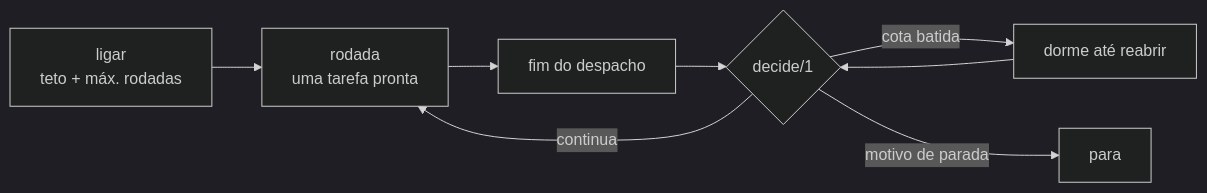
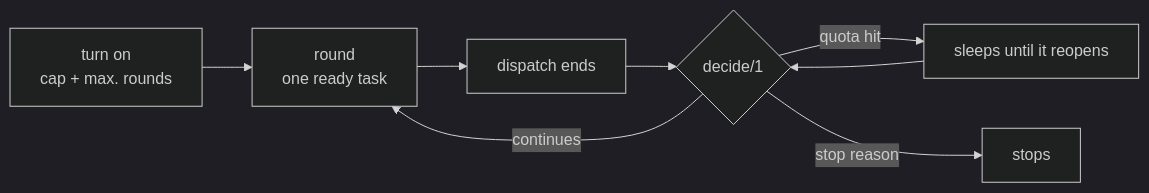
Before and after one commit to enzoconsulo/factory-tcc: the diagram in docs/tasks/en/E7-dashboard-and-automation/FAB-704-automatic-rounds-with-a-spending-ceiling.md, drawn with Mermaid (dark theme). The commit also changed 52 other files, not shown here.

````diff
--- a/docs/tasks/en/E7-dashboard-and-automation/FAB-704-automatic-rounds-with-a-spending-ceiling.md
+++ b/docs/tasks/en/E7-dashboard-and-automation/FAB-704-automatic-rounds-with-a-spending-ceiling.md
@@ -11,10 +11,10 @@
 ```mermaid
 flowchart LR
-  L["ligar<br/>teto + máx. rodadas"] --> R["rodada<br/>uma tarefa pronta"]
-  R --> E["fim do despacho"]
+  L["turn on<br/>cap + max. rounds"] --> R["round<br/>one ready task"]
+  R --> E["dispatch ends"]
   E --> D{"decide/1"}
-  D -- "continua" --> R
-  D -- "cota batida" --> Z["dorme até reabrir"]
+  D -- "continues" --> R
+  D -- "quota hit" --> Z["sleeps until it reopens"]
   Z --> D
-  D -- "motivo de parada" --> P["para"]
+  D -- "stop reason" --> P["stops"]
 ```
````
